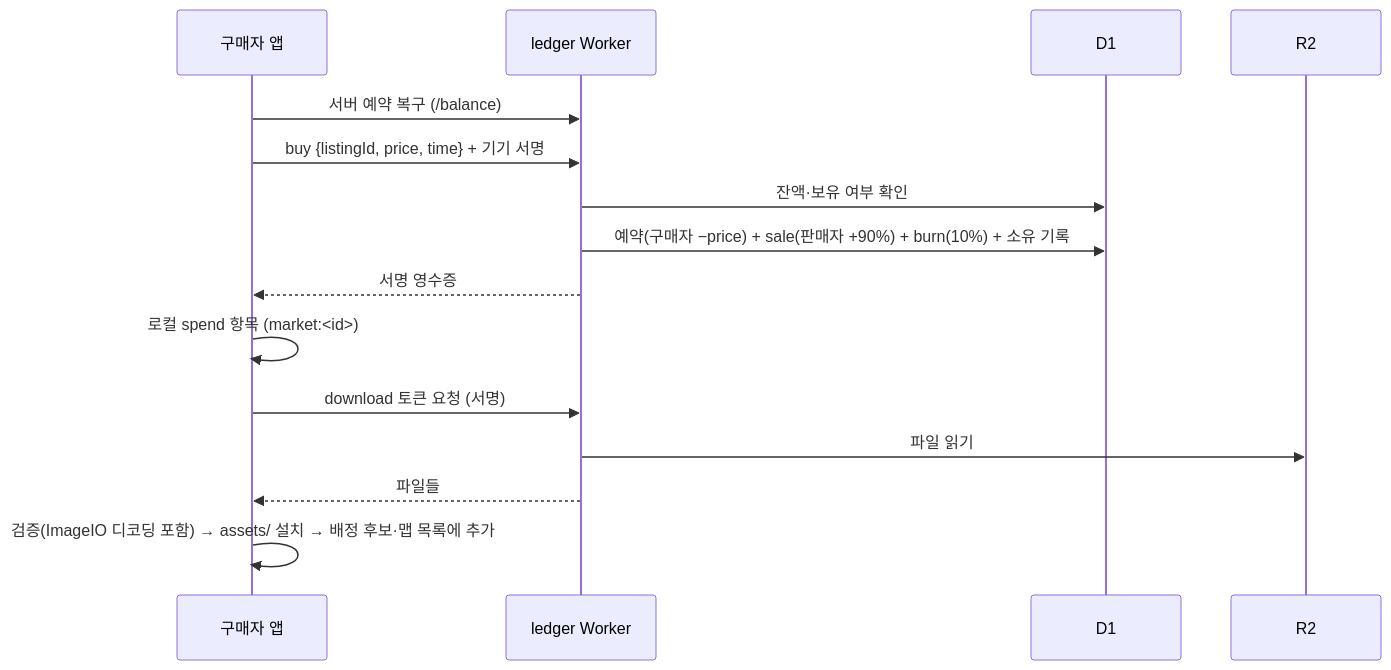
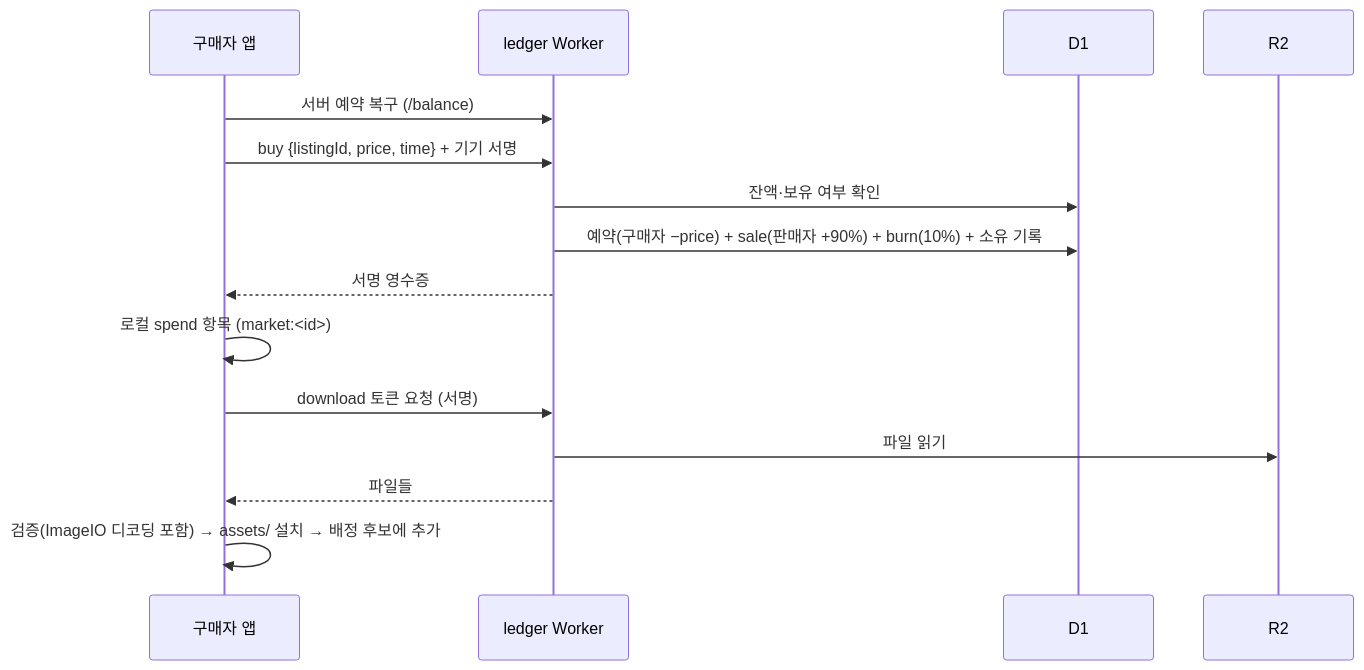
One commit to oyhoyhk/suhyeok changed the second of 3 diagrams in docs/plans/2026-10-11-002-feat-asset-market-plan.md. Above: the diagram before and after it, drawn with Mermaid. The commit also changed other lines of this file, not shown here.

````diff
--- a/docs/plans/2026-10-11-002-feat-asset-market-plan.md
+++ b/docs/plans/2026-10-11-002-feat-asset-market-plan.md
@@ -166,17 +168,17 @@
 ```mermaid
 sequenceDiagram
   participant B as 구매자 앱
   participant W as ledger Worker
   participant D as D1
   participant R as R2
   B->>W: 서버 예약 복구 (/balance)
   B->>W: buy {listingId, price, time} + 기기 서명
   W->>D: 잔액·보유 여부 확인
   W->>D: 예약(구매자 −price) + sale(판매자 +90%) + burn(10%) + 소유 기록
   W-->>B: 서명 영수증
   B->>B: 로컬 spend 항목 (market:<id>)
   B->>W: download 토큰 요청 (서명)
   W->>R: 파일 읽기
   W-->>B: 파일들
-  B->>B: 검증(ImageIO 디코딩 포함) → assets/ 설치 → 배정 후보·맵 목록에 추가
+  B->>B: 검증(ImageIO 디코딩 포함) → assets/ 설치 → 배정 후보에 추가
 ```
````
